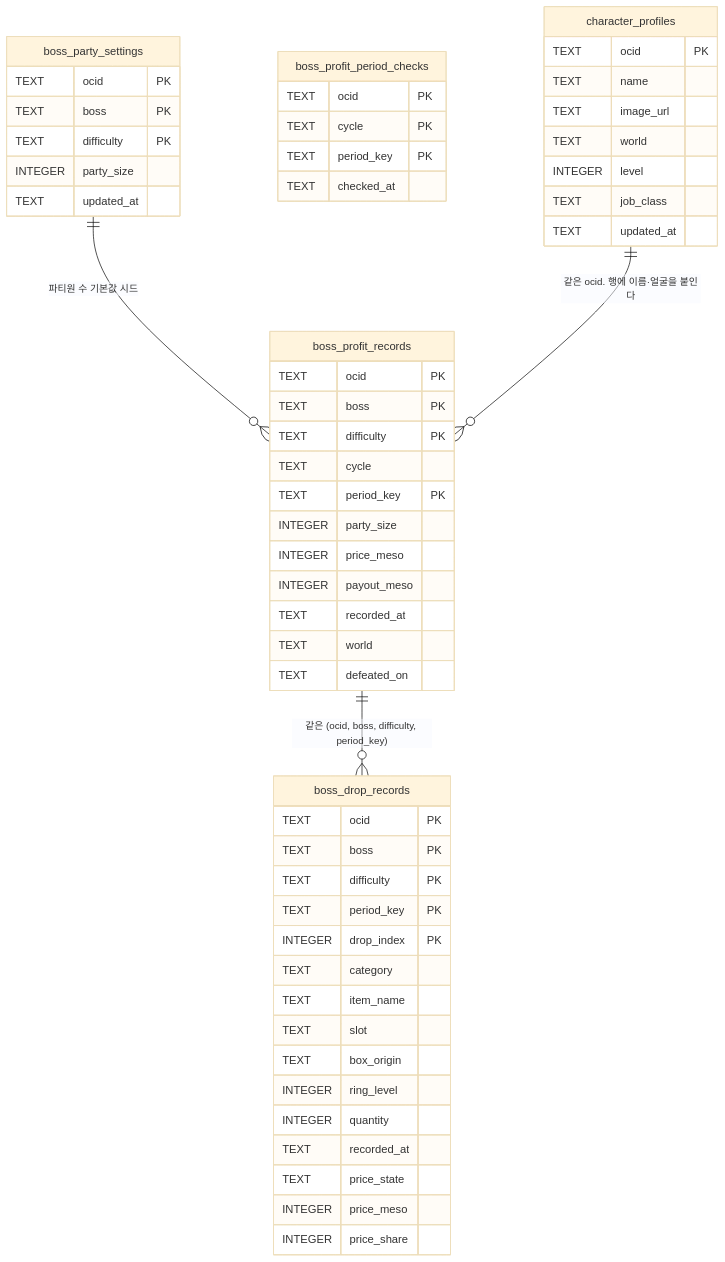
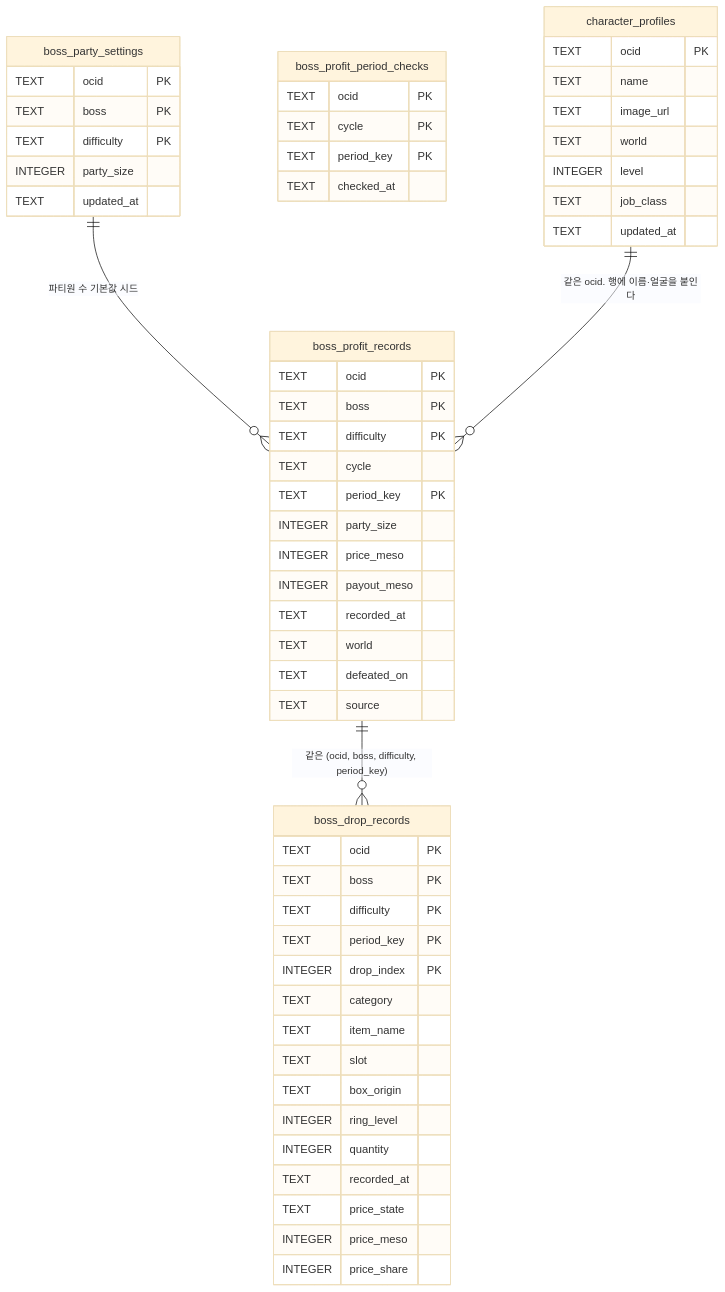
The first of 2 diagrams in docs/persistence/sqlite.md (jini520/maple-routine), drawn with Mermaid (base theme) before and after one commit. The commit also changed other lines of this file and 70 other files, not shown here.

````diff
--- a/docs/persistence/sqlite.md
+++ b/docs/persistence/sqlite.md
@@ -12,58 +12,59 @@
 ```mermaid
 erDiagram
     boss_profit_records {
         TEXT ocid PK
         TEXT boss PK
         TEXT difficulty PK
         TEXT cycle
         TEXT period_key PK
         INTEGER party_size
         INTEGER price_meso
         INTEGER payout_meso
         TEXT recorded_at
         TEXT world
         TEXT defeated_on
+        TEXT source
     }
     boss_party_settings {
         TEXT ocid PK
         TEXT boss PK
         TEXT difficulty PK
         INTEGER party_size
         TEXT updated_at
     }
     boss_profit_period_checks {
         TEXT ocid PK
         TEXT cycle PK
         TEXT period_key PK
         TEXT checked_at
     }
     boss_drop_records {
         TEXT ocid PK
         TEXT boss PK
         TEXT difficulty PK
         TEXT period_key PK
         INTEGER drop_index PK
         TEXT category
         TEXT item_name
         TEXT slot
         TEXT box_origin
         INTEGER ring_level
         INTEGER quantity
         TEXT recorded_at
         TEXT price_state
         INTEGER price_meso
         INTEGER price_share
     }
     character_profiles {
         TEXT ocid PK
         TEXT name
         TEXT image_url
         TEXT world
         INTEGER level
         TEXT job_class
         TEXT updated_at
     }
     boss_party_settings ||--o{ boss_profit_records : "파티원 수 기본값 시드"
     boss_profit_records ||--o{ boss_drop_records : "같은 (ocid, boss, difficulty, period_key)"
     character_profiles ||--o{ boss_profit_records : "같은 ocid. 행에 이름·얼굴을 붙인다"
 ```
````
